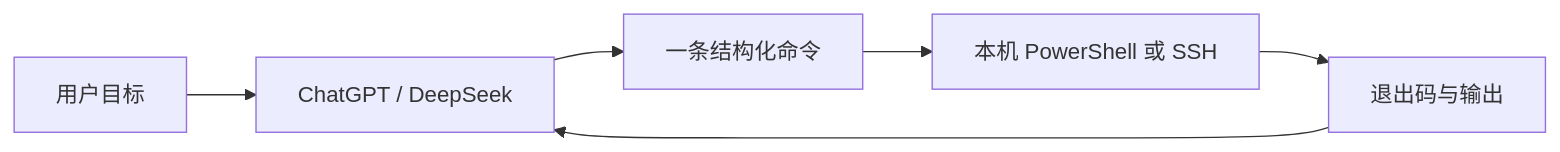
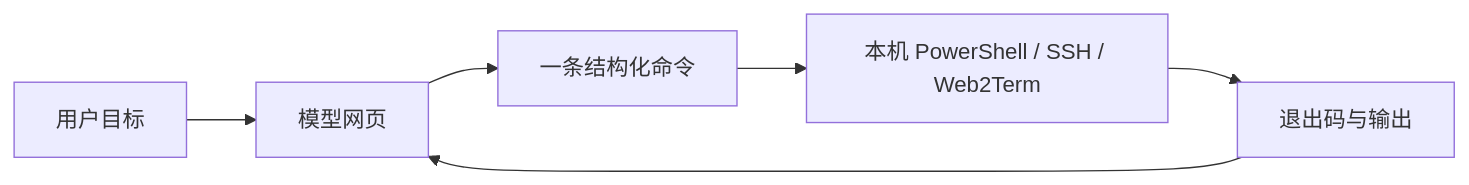
One commit to naledao/gpt-web-to-codex-terminal changed the first of 4 diagrams in README.md. Above: the diagram before and after it, drawn with Mermaid. The commit also changed other lines of this file and 12 other files, not shown here.

````diff
--- a/README.md
+++ b/README.md
@@ -28,8 +29,8 @@
 ```mermaid
 flowchart LR
-  U[用户目标] --> C[ChatGPT / DeepSeek]
+  U[用户目标] --> C[模型网页]
   C --> J[一条结构化命令]
-  J --> E[本机 PowerShell 或 SSH]
+  J --> E[本机 PowerShell / SSH / Web2Term]
   E --> O[退出码与输出]
   O --> C
 ```
````
